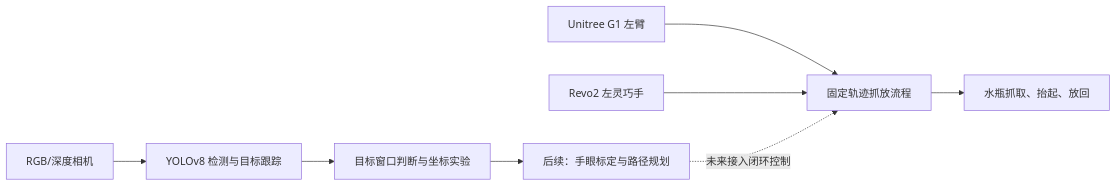
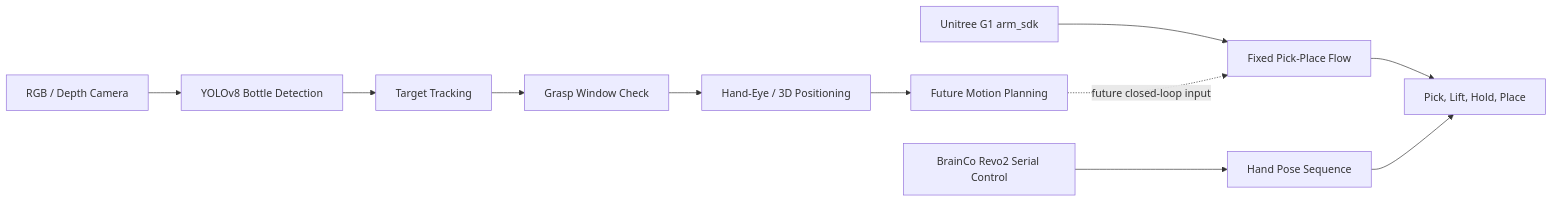
Before and after one commit to 16692816825/Vision-Guided-Manipulation-System-for-Unitree-G1: the diagram in docs/PROJECT_SHOWCASE.md, drawn with Mermaid. The commit also changed other lines of this file and 2 other files, not shown here.

````diff
--- a/docs/PROJECT_SHOWCASE.md
+++ b/docs/PROJECT_SHOWCASE.md
@@ -35,10 +52,14 @@
 ```mermaid
 flowchart LR
-    Camera["RGB/深度相机"] --> Vision["YOLOv8 检测与目标跟踪"]
-    Vision --> Judge["目标窗口判断与坐标实验"]
-    Judge --> Plan["后续：手眼标定与路径规划"]
-    Arm["Unitree G1 左臂"] --> Execute["固定轨迹抓放流程"]
-    Hand["Revo2 左灵巧手"] --> Execute
-    Execute --> Bottle["水瓶抓取、抬起、放回"]
-    Plan -. "未来接入闭环控制" .-> Execute
+    Camera["RGB / Depth Camera"] --> Detector["YOLOv8 Bottle Detection"]
+    Detector --> Tracker["Target Tracking"]
+    Tracker --> Window["Grasp Window Check"]
+    Window --> Calibration["Hand-Eye / 3D Positioning"]
+    Calibration --> Planner["Future Motion Planning"]
+
+    ArmSDK["Unitree G1 arm_sdk"] --> ArmFlow["Fixed Pick-Place Flow"]
+    Revo2["BrainCo Revo2 Serial Control"] --> HandFlow["Hand Pose Sequence"]
+    ArmFlow --> Demo["Pick, Lift, Hold, Place"]
+    HandFlow --> Demo
+    Planner -. "future closed-loop input" .-> ArmFlow
 ```
````
